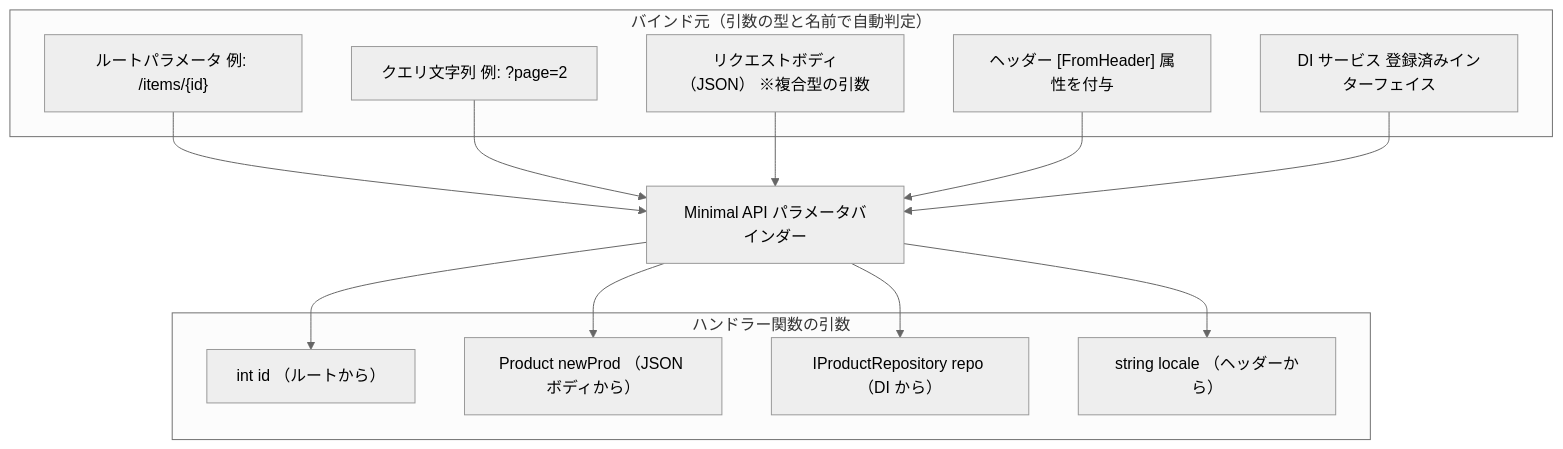
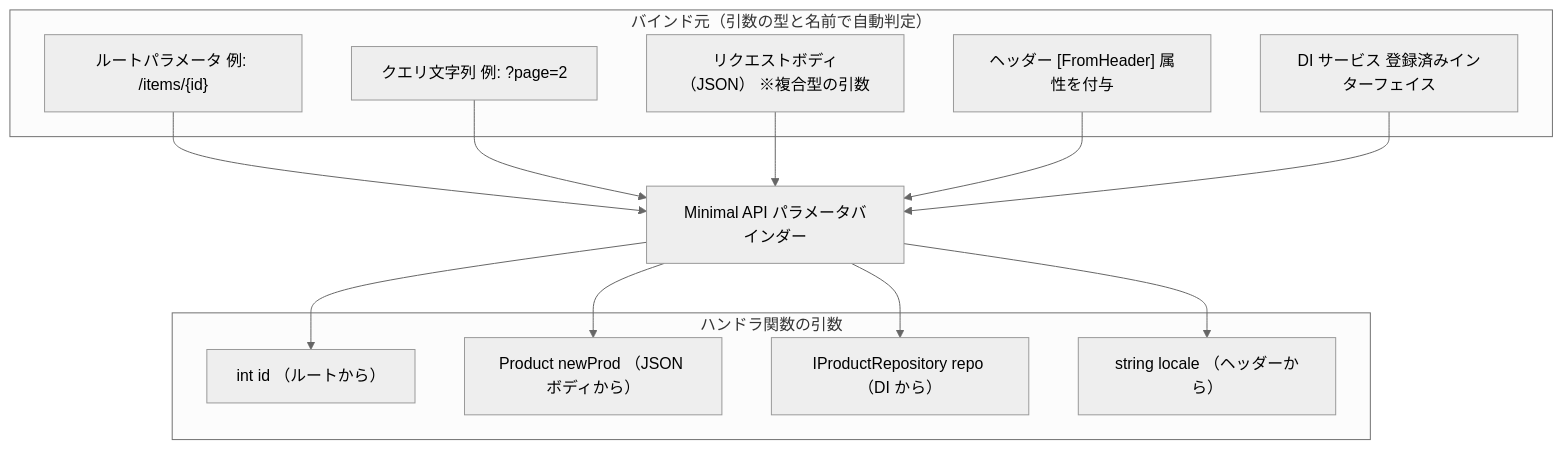
The second of 3 diagrams in docs/04-minimal-api.md (microsoft/aspnetcore-ja-handbook), drawn with Mermaid (neutral theme) before and after one commit. The commit also changed other lines of this file and 1 other file, not shown here.

Commit message:
用語の統一を図り、「ハンドラー」を「ハンドラ」に修正

````diff
--- a/docs/04-minimal-api.md
+++ b/docs/04-minimal-api.md
@@ -244,26 +244,26 @@
 ```mermaid
 flowchart TD
     subgraph sources ["バインド元（引数の型と名前で自動判定）"]
         R["ルートパラメータ 例: /items/{id}"]
         Q["クエリ文字列 例: ?page=2"]
         B["リクエストボディ（JSON） ※複合型の引数"]
         H["ヘッダー [FromHeader] 属性を付与"]
         S["DI サービス 登録済みインターフェイス"]
     end
     Binder["Minimal API パラメータバインダー"]
-    subgraph args ["ハンドラー関数の引数"]
+    subgraph args ["ハンドラ関数の引数"]
         A1["int id （ルートから）"]
         A2["Product newProd （JSON ボディから）"]
         A3["IProductRepository repo （DI から）"]
         A4["string locale （ヘッダーから）"]
     end
     R --> Binder
     Q --> Binder
     B --> Binder
     H --> Binder
     S --> Binder
     Binder --> A1
     Binder --> A2
     Binder --> A3
     Binder --> A4
 ```
````
